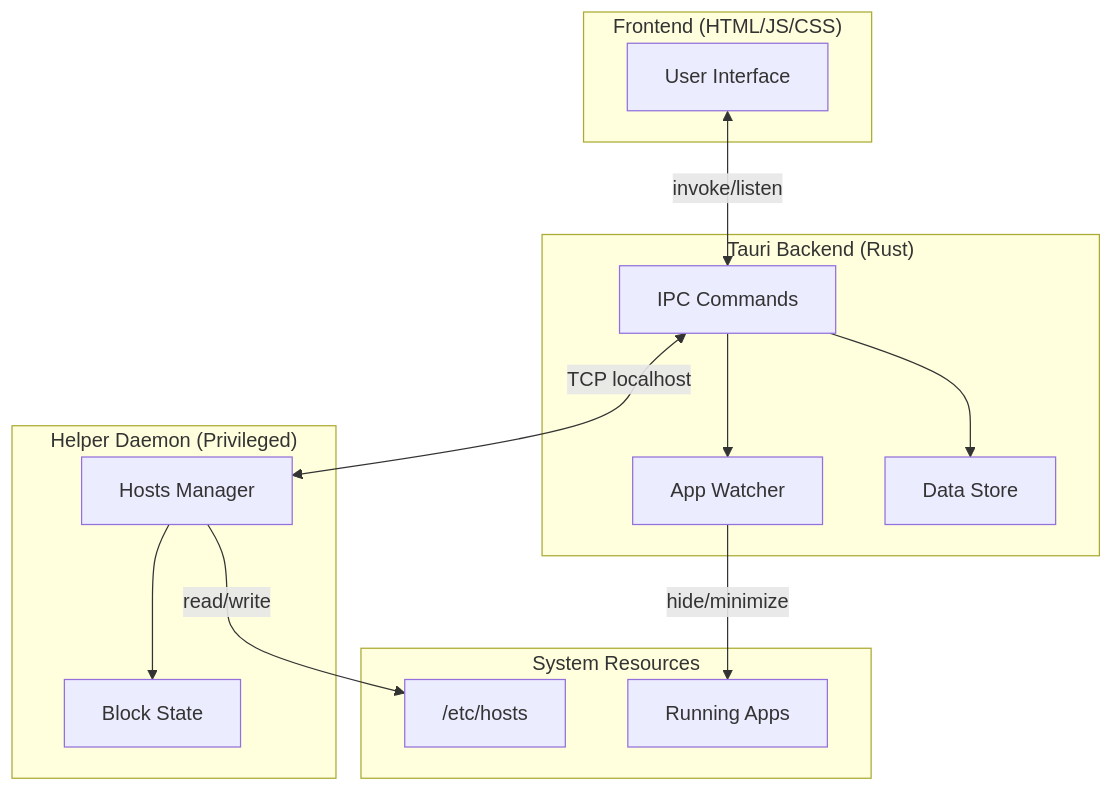
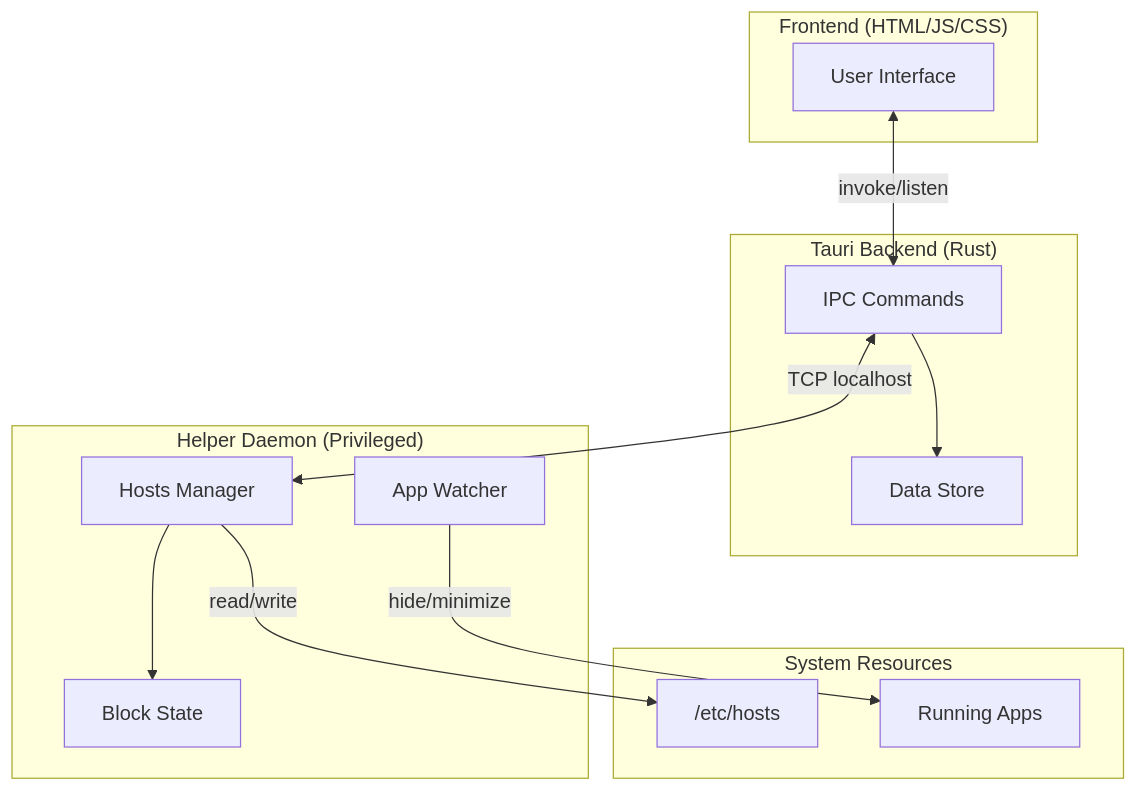
The first of 2 diagrams in README.md (kasnder/redd-block), drawn with Mermaid before and after one commit.

Commit message:
app blocking is done by the helper now

````diff
--- a/README.md
+++ b/README.md
@@ -25,30 +25,29 @@
 ```mermaid
 flowchart TB
     subgraph Frontend["Frontend (HTML/JS/CSS)"]
         UI[User Interface]
     end
 
     subgraph Tauri["Tauri Backend (Rust)"]
         IPC[IPC Commands]
-        Watcher[App Watcher]
         Data[Data Store]
     end
 
     subgraph Helper["Helper Daemon (Privileged)"]
         HostsMgr[Hosts Manager]
+        AppWatcher[App Watcher]
         State[Block State]
     end
 
     subgraph System["System Resources"]
         Hosts["/etc/hosts"]
         Apps[Running Apps]
     end
 
     UI <-->|invoke/listen| IPC
     IPC <-->|TCP localhost| HostsMgr
-    IPC --> Watcher
     IPC --> Data
-    Watcher -->|hide/minimize| Apps
     HostsMgr -->|read/write| Hosts
     HostsMgr --> State
+    AppWatcher -->|hide/minimize| Apps
 ```
````
